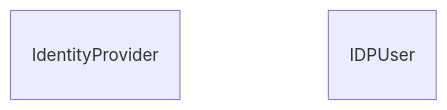
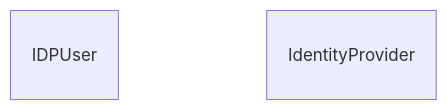
Before and after one commit to RIVM-bioinformatics/gen-epix-api: the diagram in docs/erm/casedb.auth.md, drawn with Mermaid. The commit also changed other lines of this file and 142 other files, not shown here.

````diff
--- a/docs/erm/casedb.auth.md
+++ b/docs/erm/casedb.auth.md
@@ -5,11 +5,11 @@
 ```mermaid
 erDiagram
     %% casedb / AUTH (simplified)
 
+    IDPUser {
+    }
+
     IdentityProvider {
     }
 
-    IDPUser {
-    }
-
 ```
````
